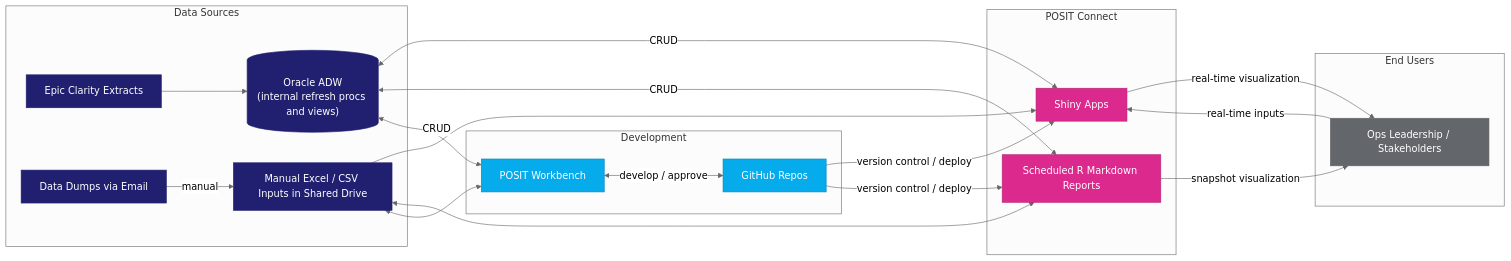
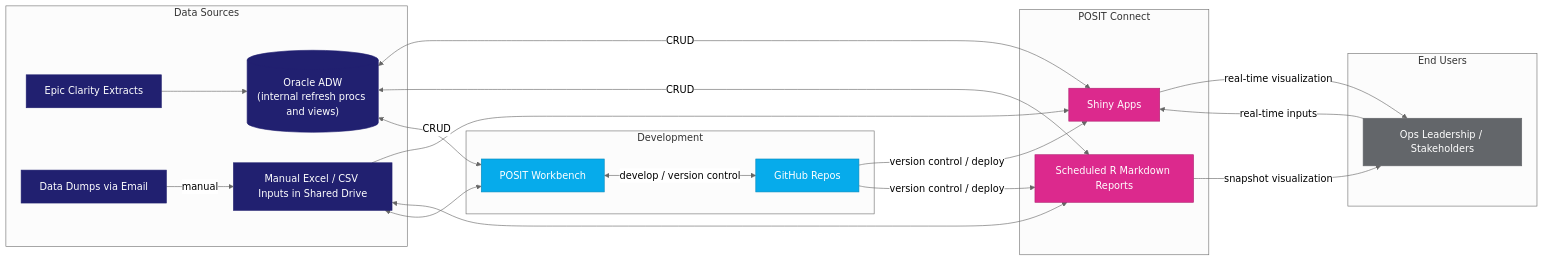
One commit to MSHS-OAO/Databricks-Tableau-User-Guide changed the diagram in Databricks/README.md. Above: the diagram before and after it, drawn with Mermaid (neutral theme).

Commit message:
Update RS relationship description in README

````diff
--- a/Databricks/README.md
+++ b/Databricks/README.md
@@ -2,44 +2,44 @@
 ```mermaid
 flowchart LR
     subgraph Sources["Data Sources"]
         EPIC[Epic Clarity Extracts]
         ORA[("Oracle ADW<br>(internal refresh procs and views)")]
         EMAIL[Data Dumps via Email]
         XLS[Manual Excel / CSV Inputs in Shared Drive]
     end
     subgraph DevOps["Development"]
         RS[POSIT Workbench]
         GH[GitHub Repos]
     end
     subgraph Deploy["POSIT Connect"]
         SHINY[Shiny Apps]
         RPT[Scheduled R Markdown Reports]
     end
     subgraph Users["End Users"]
         USR[Ops Leadership / Stakeholders]
     end
 
     EPIC --> ORA
     EMAIL -->|manual| XLS
     ORA <-->|CRUD| SHINY
     ORA <-->|CRUD| RPT
     ORA <-->|CRUD| RS
     XLS --> SHINY
     XLS <--> RPT
     XLS <--> RS
-    RS <-->|develop / approve| GH
+    RS <-->|develop / version control| GH
     GH -->|version control / deploy| SHINY
     GH -->|version control / deploy| RPT
     SHINY -->|real-time visualization| USR
     RPT -->|snapshot visualization| USR
     USR -->|real-time inputs| SHINY
 
     classDef navy fill:#212070,stroke:#212070,color:#ffffff
     classDef cyan fill:#06ABEB,stroke:#0689BC,color:#ffffff
     classDef magenta fill:#DC298D,stroke:#B02171,color:#ffffff
     classDef gray fill:#63666A,stroke:#63666A,color:#ffffff
     class EPIC,ORA,EMAIL,XLS navy
     class RS,GH cyan
     class SHINY,RPT magenta
     class USR gray
 ```
````
